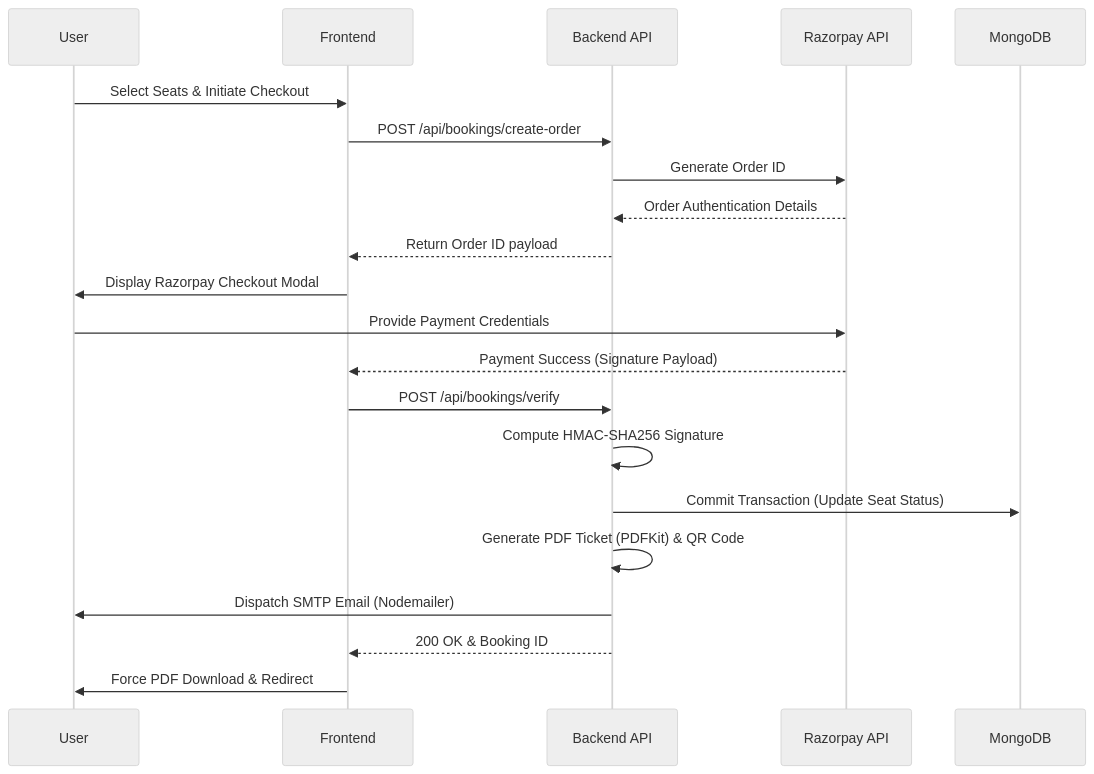
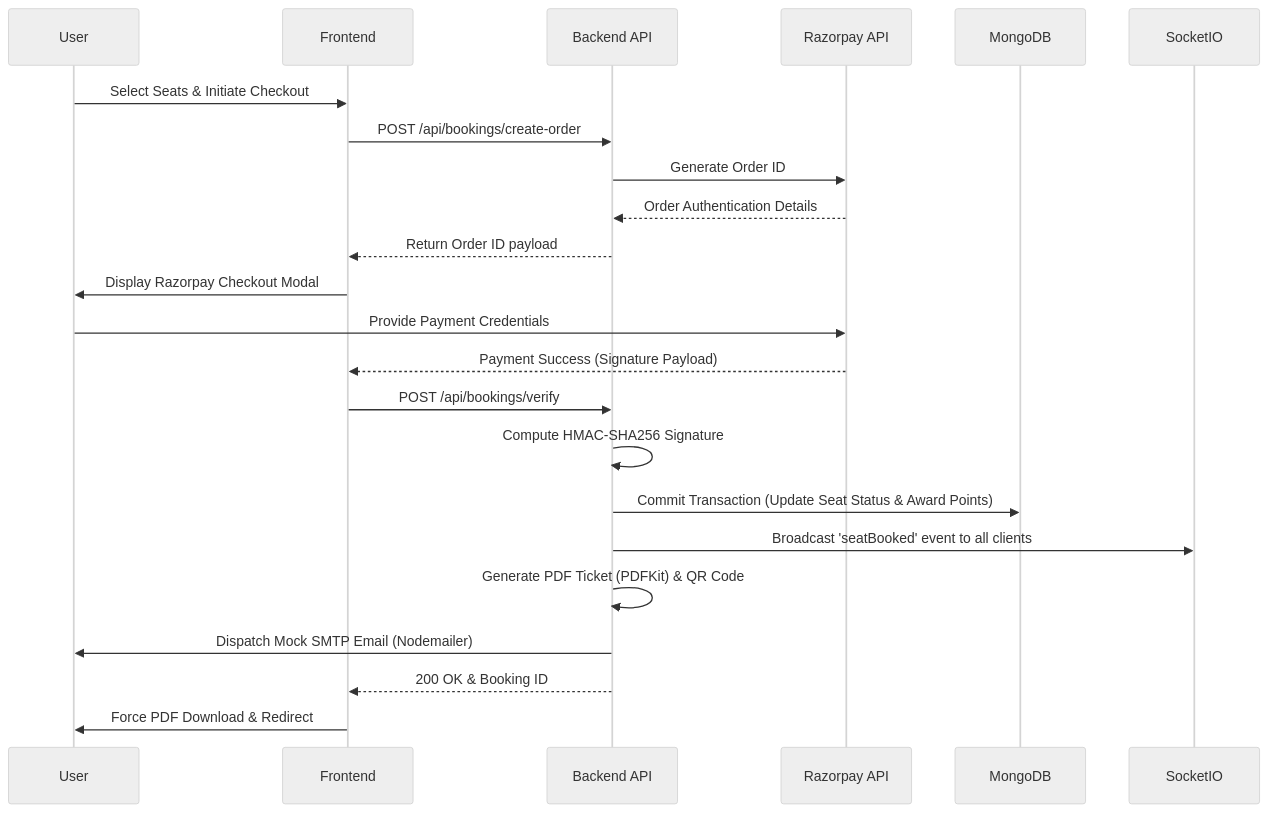
Before and after one commit to CODER-7777/CINEMAX: the second of 3 diagrams in README.md, drawn with Mermaid (neutral theme). The commit also changed other lines of this file and 16 other files, not shown here.

````diff
--- a/README.md
+++ b/README.md
@@ -45,24 +46,26 @@
 ```mermaid
 sequenceDiagram
     participant User
     participant Frontend
     participant Backend API
     participant Razorpay API
     participant MongoDB
+    participant SocketIO
 
     User->>Frontend: Select Seats & Initiate Checkout
     Frontend->>Backend API: POST /api/bookings/create-order
     Backend API->>Razorpay API: Generate Order ID
     Razorpay API-->>Backend API: Order Authentication Details
     Backend API-->>Frontend: Return Order ID payload
     Frontend->>User: Display Razorpay Checkout Modal
     User->>Razorpay API: Provide Payment Credentials
     Razorpay API-->>Frontend: Payment Success (Signature Payload)
     Frontend->>Backend API: POST /api/bookings/verify
     Backend API->>Backend API: Compute HMAC-SHA256 Signature
-    Backend API->>MongoDB: Commit Transaction (Update Seat Status)
+    Backend API->>MongoDB: Commit Transaction (Update Seat Status & Award Points)
+    Backend API->>SocketIO: Broadcast 'seatBooked' event to all clients
     Backend API->>Backend API: Generate PDF Ticket (PDFKit) & QR Code
-    Backend API->>User: Dispatch SMTP Email (Nodemailer)
+    Backend API->>User: Dispatch Mock SMTP Email (Nodemailer)
     Backend API-->>Frontend: 200 OK & Booking ID
     Frontend->>User: Force PDF Download & Redirect
 ```
````
